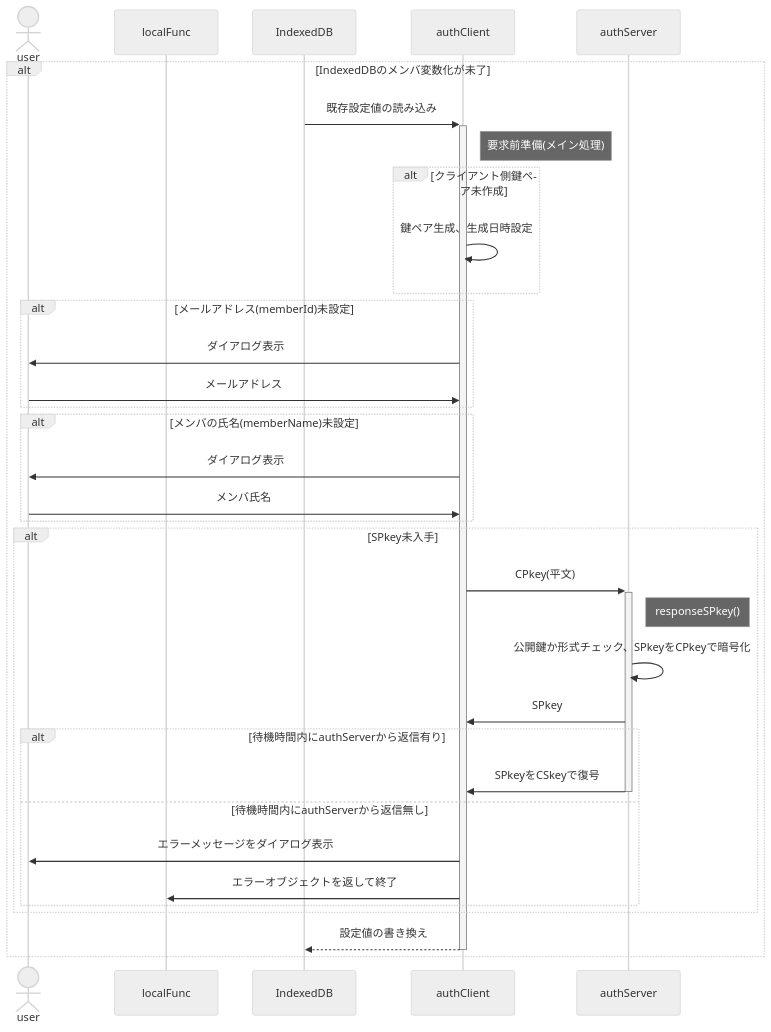
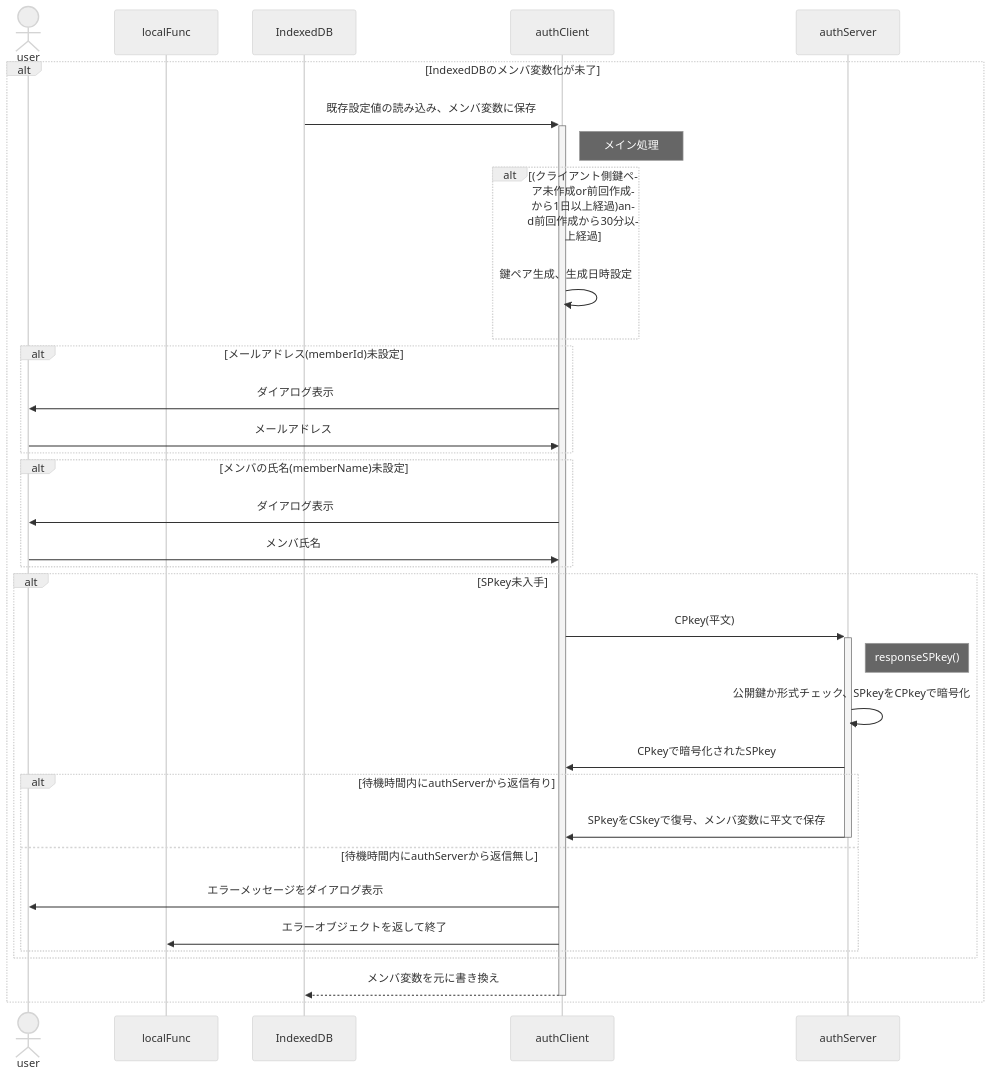
One commit to nakaone/library changed the second of 3 diagrams in underDev/Auth/question.md. Above: the diagram before and after it, drawn with Mermaid (neutral theme). The commit also changed other lines of this file and 11 other files, not shown here.

````diff
--- a/underDev/Auth/question.md
+++ b/underDev/Auth/question.md
@@ -149,46 +127,47 @@
 ```mermaid
 %% 要求前準備
 
 sequenceDiagram
   actor user
   participant localFunc
   %%participant clientMail
   %%participant encryptRequest
   participant IndexedDB
   participant authClient
   participant authServer
   %%participant memberList
   %%participant decryptRequest
   %%participant serverFunc
   %%actor admin
 
   %% IndexedDB格納項目のメンバ変数化 ----------
   alt IndexedDBのメンバ変数化が未了
-    IndexedDB->>+authClient: 既存設定値の読み込み
-    Note right of authClient: 要求前準備(メイン処理)
-    alt クライアント側鍵ペア未作成
+    IndexedDB->>+authClient: 既存設定値の読み込み、メンバ変数に保存
+    Note right of authClient: メイン処理
+    alt (クライアント側鍵ペア未作成or前回作成から1日以上経過)and前回作成から30分以上経過
       authClient->>authClient: 鍵ペア生成、生成日時設定
     end
     alt メールアドレス(memberId)未設定
       authClient->>user: ダイアログ表示
       user->>authClient: メールアドレス
     end
     alt メンバの氏名(memberName)未設定
       authClient->>user: ダイアログ表示
       user->>authClient: メンバ氏名
     end
     alt SPkey未入手
       authClient->>+authServer: CPkey(平文)
       Note right of authServer: responseSPkey()
+      %% 以下2行はauthServer.responseSPkey()の処理内容
       authServer->>authServer: 公開鍵か形式チェック、SPkeyをCPkeyで暗号化
-      authServer->>authClient: SPkey
+      authServer->>authClient: CPkeyで暗号化されたSPkey
       alt 待機時間内にauthServerから返信有り
-        authServer->>-authClient: SPkeyをCSkeyで復号
+        authServer->>-authClient: SPkeyをCSkeyで復号、メンバ変数に平文で保存
       else 待機時間内にauthServerから返信無し
         authClient->>user: エラーメッセージをダイアログ表示
         authClient->>localFunc: エラーオブジェクトを返して終了
       end
     end
-    authClient-->>-IndexedDB: 設定値の書き換え
+    authClient-->>-IndexedDB: メンバ変数を元に書き換え
   end
 ```
````
